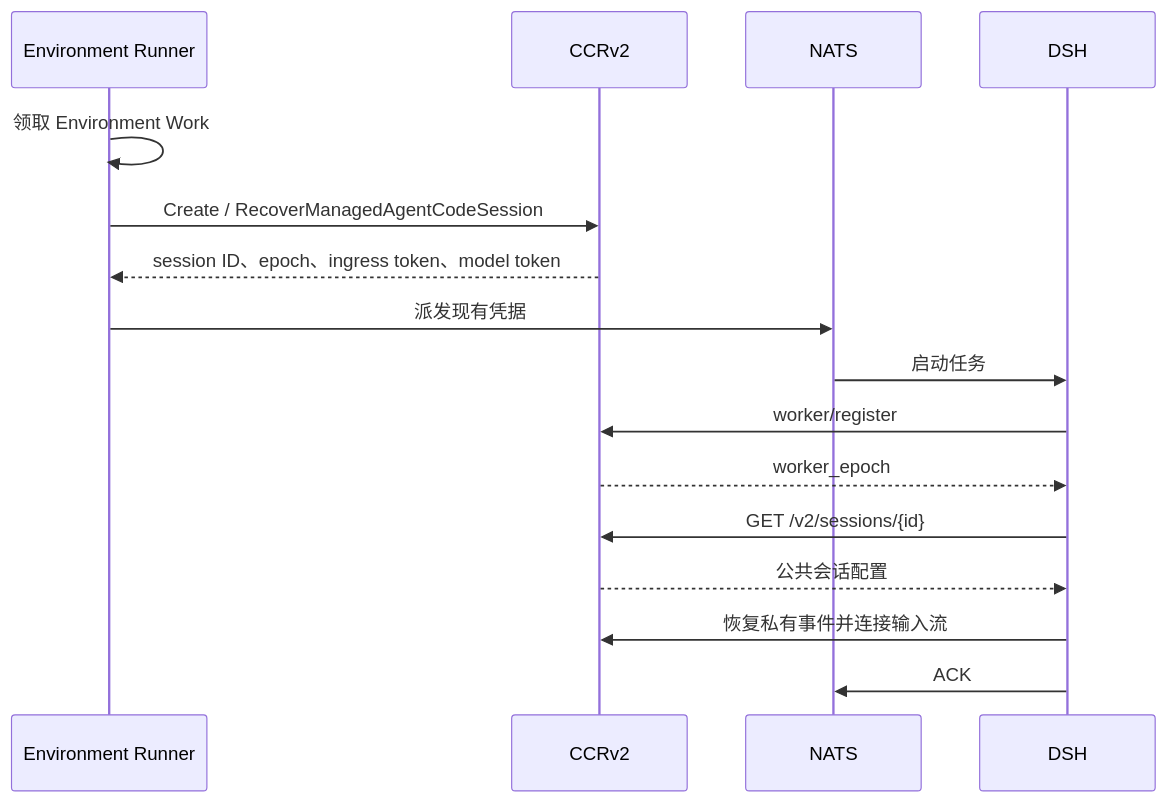
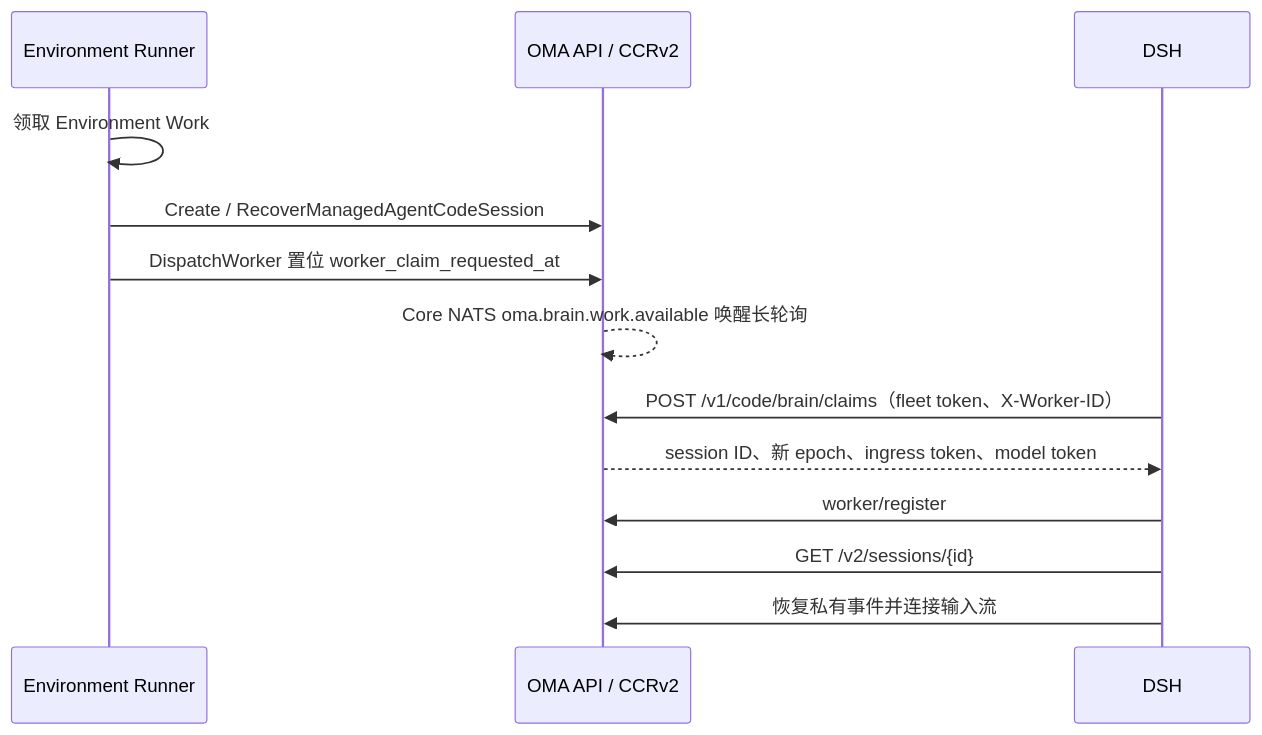
Before and after one commit to superduck-ai/open-managed-agents: the diagram in docs/design/be/brain-runtime.md, drawn with Mermaid. The commit also changed other lines of this file and 73 other files, not shown here.

First line of the commit message:
feat(brain): replace NATS task dispatch with HTTP worker claims (#456)

````diff
--- a/docs/design/be/brain-runtime.md
+++ b/docs/design/be/brain-runtime.md
@@ -7,18 +7,15 @@
 ```mermaid
 sequenceDiagram
     participant R as Environment Runner
-    participant C as CCRv2
-    participant N as NATS
+    participant C as OMA API / CCRv2
     participant D as DSH
     R->>R: 领取 Environment Work
     R->>C: Create / RecoverManagedAgentCodeSession
-    C-->>R: session ID、epoch、ingress token、model token
-    R->>N: 派发现有凭据
-    N->>D: 启动任务
+    R->>C: DispatchWorker 置位 worker_claim_requested_at
+    C-->>C: Core NATS oma.brain.work.available 唤醒长轮询
+    D->>C: POST /v1/code/brain/claims（fleet token、X-Worker-ID）
+    C-->>D: session ID、新 epoch、ingress token、model token
     D->>C: worker/register
-    C-->>D: worker_epoch
     D->>C: GET /v2/sessions/{id}
-    C-->>D: 公共会话配置
     D->>C: 恢复私有事件并连接输入流
-    D->>N: ACK
 ```
````
